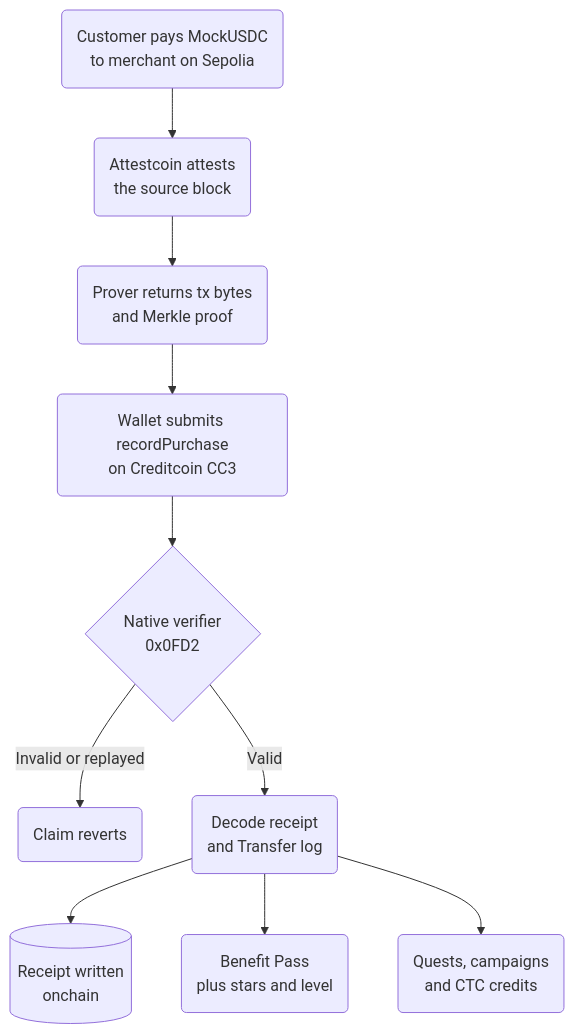
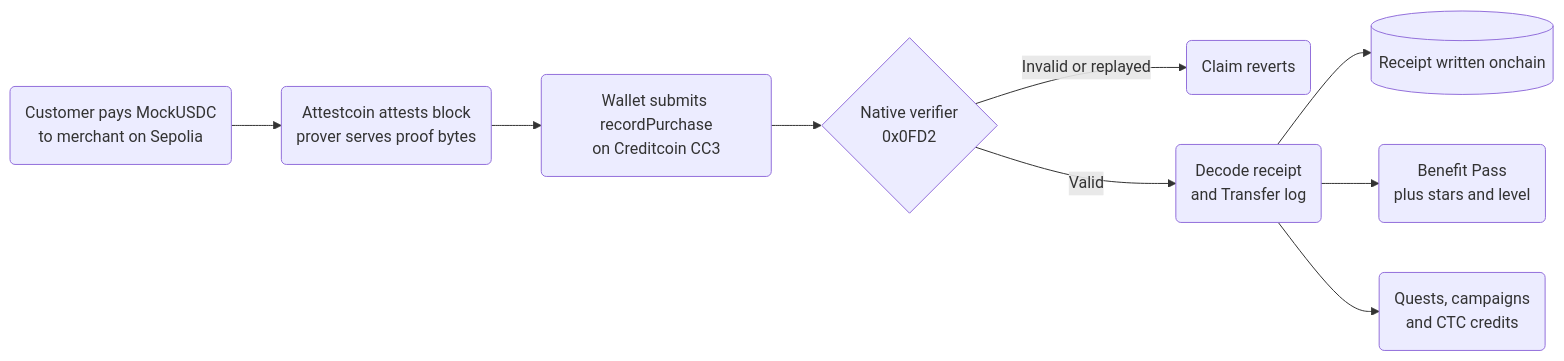
The diagram in README.md (dun999/vouch), drawn with Mermaid before and after one commit.

Commit message:
Balance workflow diagram across both axes

````diff
--- a/README.md
+++ b/README.md
@@ -34,14 +34,11 @@
 ```mermaid
-flowchart TD
-    A(Customer pays MockUSDC<br/>to merchant on Sepolia) --> B(Attestcoin attests<br/>the source block)
-    B --> C(Prover returns tx bytes<br/>and Merkle proof)
-    C --> D(Wallet submits recordPurchase<br/>on Creditcoin CC3)
-    D --> E{Native verifier<br/>0x0FD2}
-
-    E -->|Invalid or replayed| F(Claim reverts)
-    E -->|Valid| G(Decode receipt<br/>and Transfer log)
-
-    G --> H[(Receipt written<br/>onchain)]
-    G --> I(Benefit Pass<br/>plus stars and level)
-    G --> J(Quests, campaigns<br/>and CTC credits)
+flowchart LR
+    A(Customer pays MockUSDC<br/>to merchant on Sepolia) --> B(Attestcoin attests block<br/>prover serves proof bytes)
+    B --> C(Wallet submits recordPurchase<br/>on Creditcoin CC3)
+    C --> D{Native verifier<br/>0x0FD2}
+    D -->|Invalid or replayed| E(Claim reverts)
+    D -->|Valid| F(Decode receipt<br/>and Transfer log)
+    F --> G[(Receipt written onchain)]
+    F --> H(Benefit Pass<br/>plus stars and level)
+    F --> I(Quests, campaigns<br/>and CTC credits)
 ```
````
